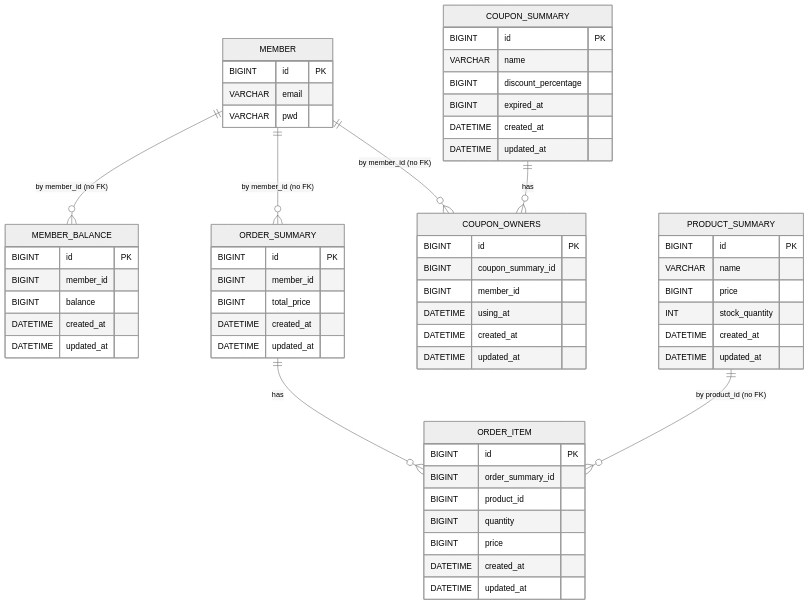
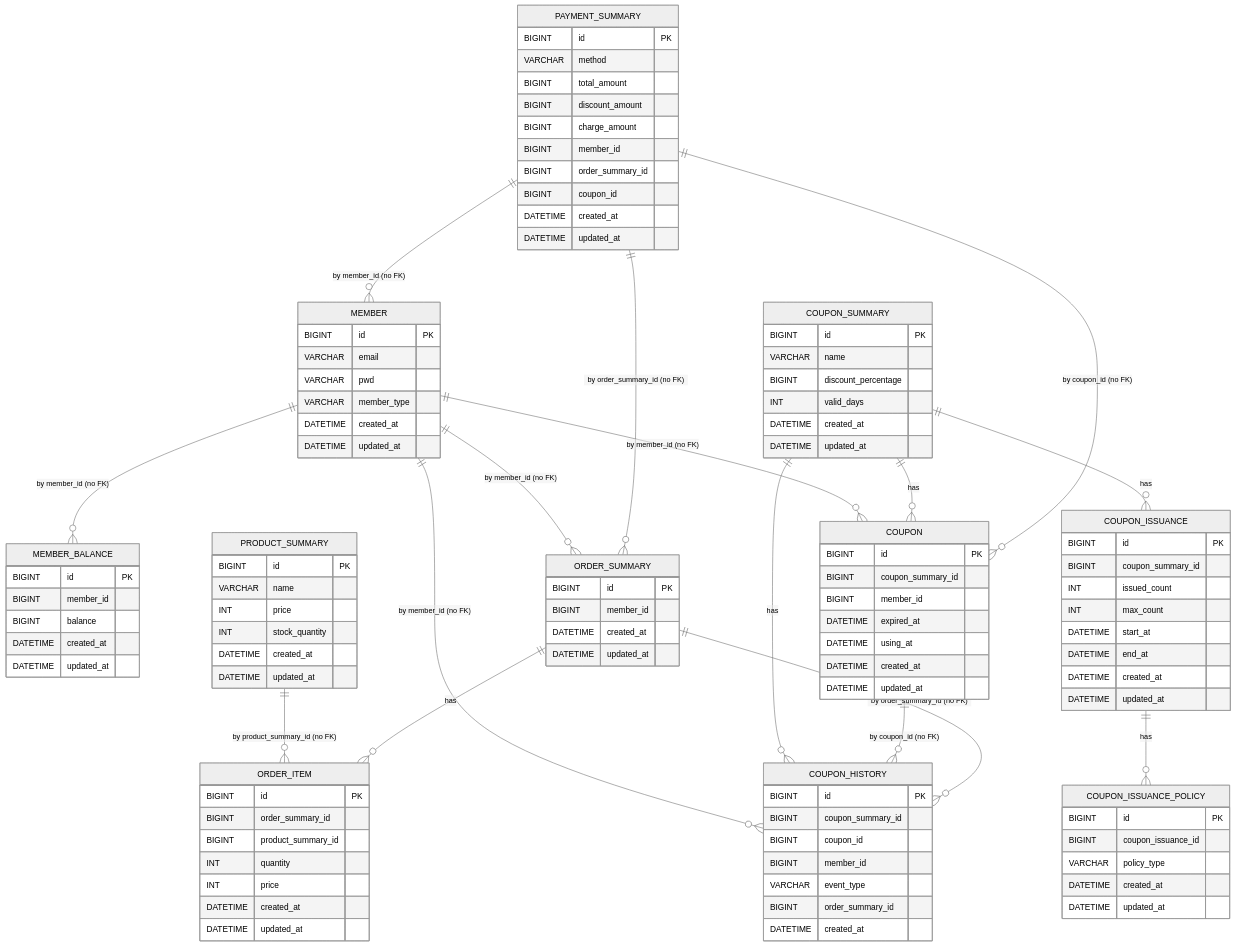
The diagram in docs/ERD-데이터베이스.md (hayden-han/virtual-2-commerce), drawn with Mermaid (neutral theme) before and after one commit. The commit also changed other lines of this file and 165 other files, not shown here.

```diff
--- a/docs/ERD-데이터베이스.md
+++ b/docs/ERD-데이터베이스.md
@@ -6,15 +6,27 @@
 erDiagram
     MEMBER ||--o{ MEMBER_BALANCE : "by member_id (no FK)"
     MEMBER ||--o{ ORDER_SUMMARY  : "by member_id (no FK)"
-    MEMBER ||--o{ COUPON_OWNERS  : "by member_id (no FK)"
-    COUPON_SUMMARY ||--o{ COUPON_OWNERS : "has"
+    MEMBER ||--o{ COUPON  : "by member_id (no FK)"
+    MEMBER ||--o{ COUPON_HISTORY : "by member_id (no FK)"
+    PRODUCT_SUMMARY ||--o{ ORDER_ITEM   : "by product_summary_id (no FK)"
+    COUPON_SUMMARY ||--o{ COUPON : "has"
+    COUPON_SUMMARY ||--o{ COUPON_ISSUANCE : "has"
+    COUPON_SUMMARY ||--o{ COUPON_HISTORY : "has"
+    COUPON ||--o{ COUPON_HISTORY : "by coupon_id (no FK)"
+    COUPON_ISSUANCE ||--o{ COUPON_ISSUANCE_POLICY : "has"
     ORDER_SUMMARY  ||--o{ ORDER_ITEM    : "has"
-    PRODUCT_SUMMARY ||--o{ ORDER_ITEM   : "by product_id (no FK)"
+    ORDER_SUMMARY ||--o{ COUPON_HISTORY : "by order_summary_id (no FK)"
+    PAYMENT_SUMMARY ||--o{ ORDER_SUMMARY : "by order_summary_id (no FK)"
+    PAYMENT_SUMMARY ||--o{ MEMBER : "by member_id (no FK)"
+    PAYMENT_SUMMARY ||--o{ COUPON : "by coupon_id (no FK)"
 
     MEMBER {
         BIGINT id PK
         VARCHAR email
         VARCHAR pwd
+        VARCHAR member_type
+        DATETIME created_at
+        DATETIME updated_at
     }
     MEMBER_BALANCE {
         BIGINT id PK
@@ -26,7 +38,7 @@
     PRODUCT_SUMMARY {
         BIGINT id PK
         VARCHAR name
-        BIGINT price
+        INT price
         INT stock_quantity
         DATETIME created_at
         DATETIME updated_at
@@ -35,31 +47,69 @@
         BIGINT id PK
         VARCHAR name
         BIGINT discount_percentage
-        BIGINT expired_at
+        INT valid_days
         DATETIME created_at
         DATETIME updated_at
     }
-    COUPON_OWNERS {
+    COUPON {
         BIGINT id PK
         BIGINT coupon_summary_id
         BIGINT member_id
+        DATETIME expired_at
         DATETIME using_at
         DATETIME created_at
         DATETIME updated_at
     }
+    COUPON_ISSUANCE {
+        BIGINT id PK
+        BIGINT coupon_summary_id
+        INT issued_count
+        INT max_count
+        DATETIME start_at
+        DATETIME end_at
+        DATETIME created_at
+        DATETIME updated_at
+    }
+    COUPON_ISSUANCE_POLICY {
+        BIGINT id PK
+        BIGINT coupon_issuance_id
+        VARCHAR policy_type
+        DATETIME created_at
+        DATETIME updated_at
+    }
+    COUPON_HISTORY {
+        BIGINT id PK
+        BIGINT coupon_summary_id
+        BIGINT coupon_id
+        BIGINT member_id
+        VARCHAR event_type
+        BIGINT order_summary_id
+        DATETIME created_at
+    }
     ORDER_SUMMARY {
         BIGINT id PK
         BIGINT member_id
-        BIGINT total_price
         DATETIME created_at
         DATETIME updated_at
     }
     ORDER_ITEM {
         BIGINT id PK
         BIGINT order_summary_id
-        BIGINT product_id
-        BIGINT quantity
-        BIGINT price
+        BIGINT product_summary_id
+        INT quantity
+        INT price
+        DATETIME created_at
+        DATETIME updated_at
+    }
+    PAYMENT_SUMMARY {
+        BIGINT id PK
+        VARCHAR method
+        BIGINT total_amount
+        BIGINT discount_amount
+        BIGINT charge_amount
+        BIGINT member_id
+        BIGINT order_summary_id
+        BIGINT coupon_id
         DATETIME created_at
         DATETIME updated_at
     }
```
